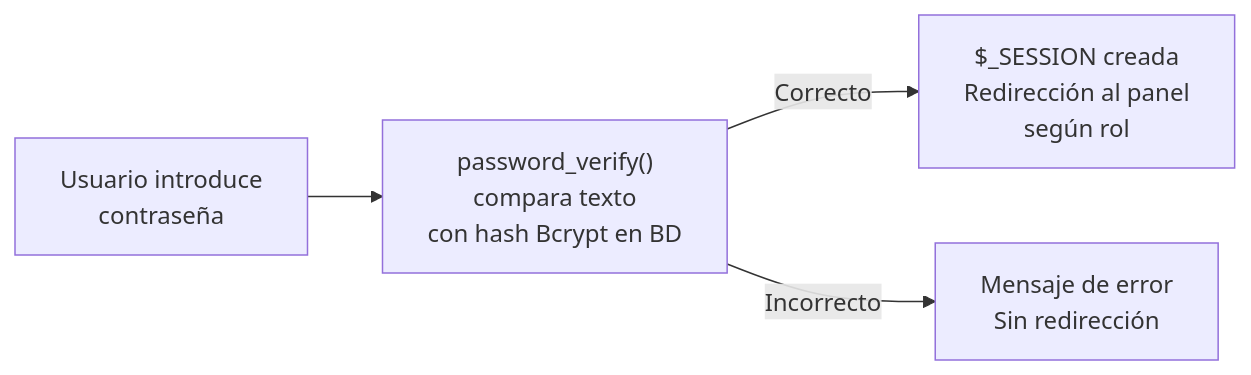
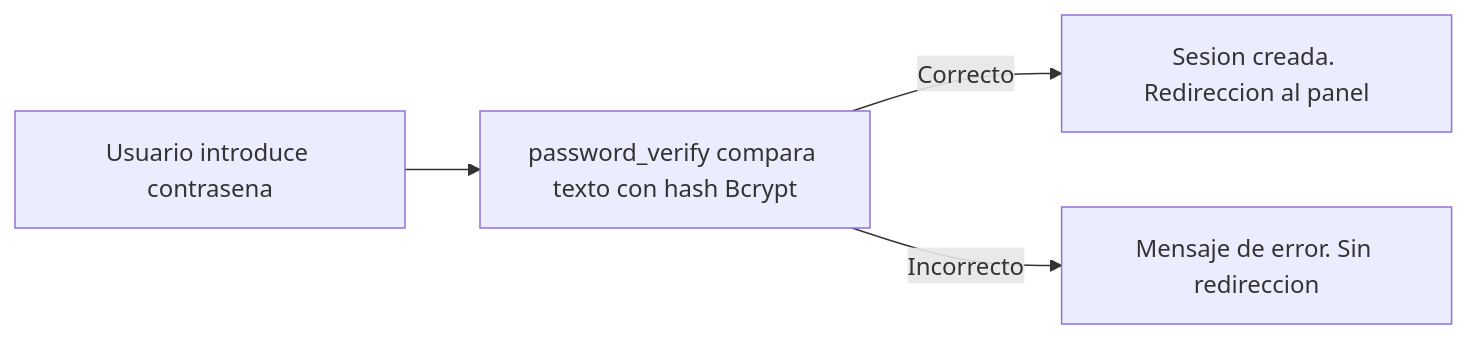
Before and after one commit to alicenon/techflow: the fourth of 4 diagrams in diagramas_mermaid.md, drawn with Mermaid. The commit also changed other lines of this file, not shown here.

Commit message:
docs: limpiado codigo mermaid de caracteres especiales para evitar parse error

````diff
--- a/diagramas_mermaid.md
+++ b/diagramas_mermaid.md
@@ -63,6 +65,6 @@
 ```mermaid
 flowchart LR
-    A["Usuario introduce\ncontraseña"] --> B["password_verify()\ncompara texto\ncon hash Bcrypt en BD"]
-    B -->|Correcto| C["$_SESSION creada\nRedirección al panel\nsegún rol"]
-    B -->|Incorrecto| D["Mensaje de error\nSin redirección"]
+    A[Usuario introduce contrasena] --> B[password_verify compara texto con hash Bcrypt]
+    B -->|Correcto| C[Sesion creada. Redireccion al panel]
+    B -->|Incorrecto| D[Mensaje de error. Sin redireccion]
 ```
````
